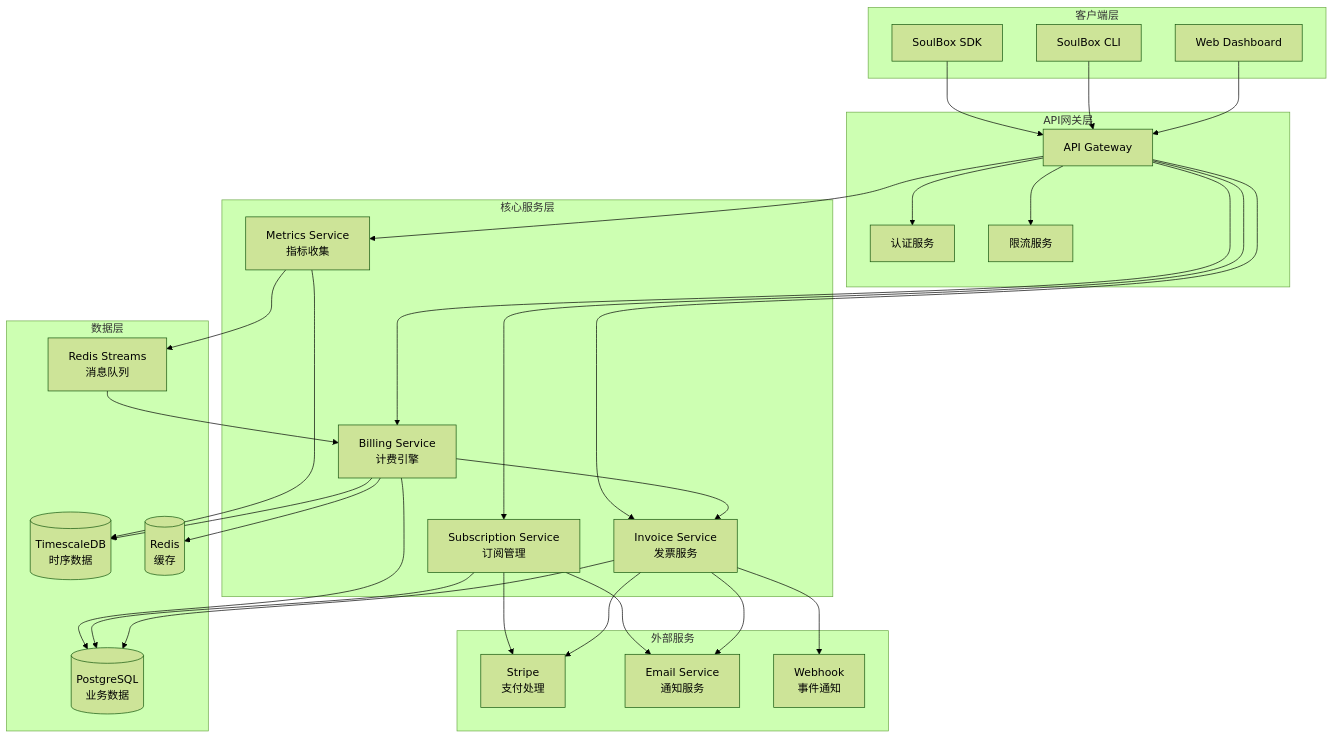
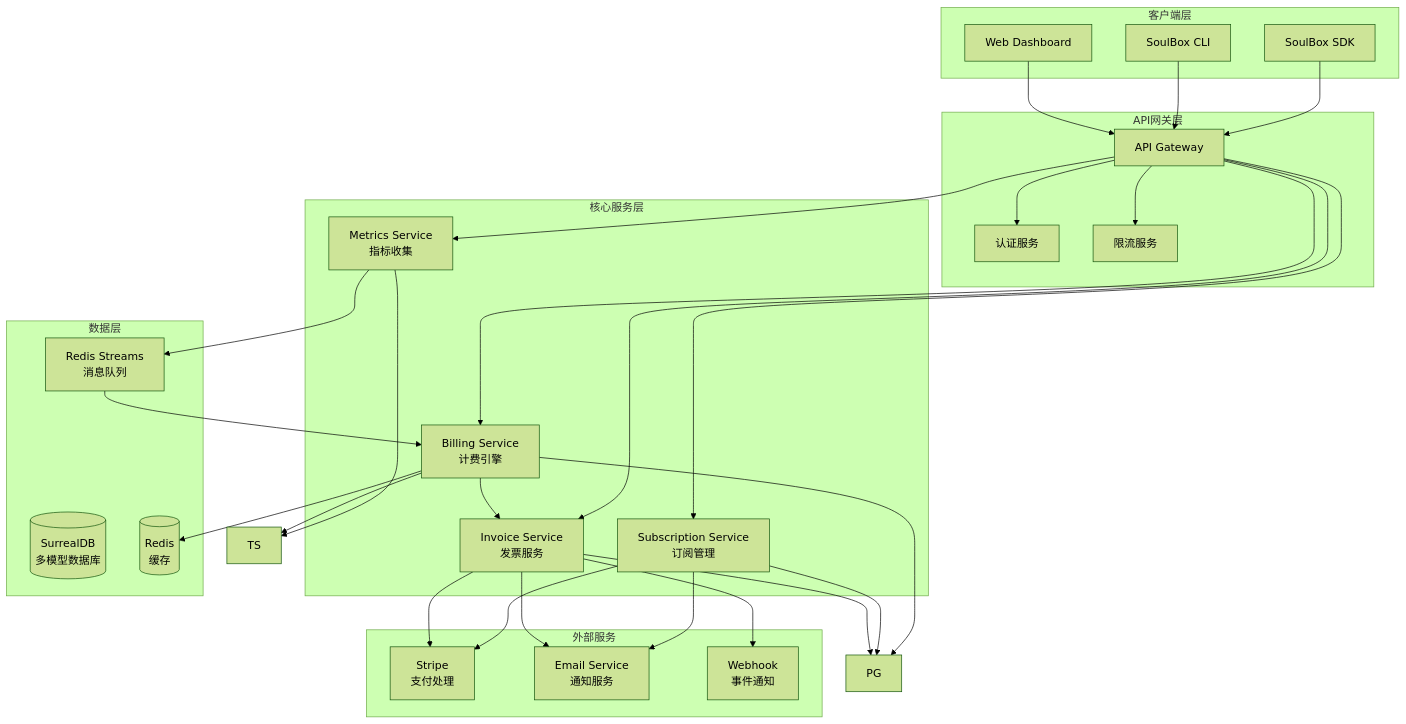
One commit to michaelHoxxxxxxx/my-docs changed the first of 4 diagrams in docs/soulbox/billing/soulbox_billing_architecture_diagram.md. Above: the diagram before and after it, drawn with Mermaid (forest theme). The commit also changed other lines of this file and 13 other files, not shown here.

````diff
--- a/docs/soulbox/billing/soulbox_billing_architecture_diagram.md
+++ b/docs/soulbox/billing/soulbox_billing_architecture_diagram.md
@@ -5,71 +5,70 @@
 ```mermaid
 graph TB
     subgraph "客户端层"
         SDK[SoulBox SDK]
         CLI[SoulBox CLI]
         WEB[Web Dashboard]
     end
 
     subgraph "API网关层"
         GW[API Gateway]
         AUTH[认证服务]
         RL[限流服务]
     end
 
     subgraph "核心服务层"
         MS[Metrics Service<br/>指标收集]
         BS[Billing Service<br/>计费引擎]
         SS[Subscription Service<br/>订阅管理]
         IS[Invoice Service<br/>发票服务]
     end
 
     subgraph "数据层"
-        TS[(TimescaleDB<br/>时序数据)]
-        PG[(PostgreSQL<br/>业务数据)]
+        SDB[(SurrealDB<br/>多模型数据库)]
         RD[(Redis<br/>缓存)]
         MQ[Redis Streams<br/>消息队列]
     end
 
     subgraph "外部服务"
         STRIPE[Stripe<br/>支付处理]
         EMAIL[Email Service<br/>通知服务]
         WEBHOOK[Webhook<br/>事件通知]
     end
 
     %% 客户端到API网关
     SDK --> GW
     CLI --> GW
     WEB --> GW
 
     %% API网关到认证和限流
     GW --> AUTH
     GW --> RL
 
     %% API网关到核心服务
     GW --> MS
     GW --> BS
     GW --> SS
     GW --> IS
 
     %% 指标服务流程
     MS --> MQ
     MS --> TS
     MQ --> BS
 
     %% 计费服务流程
     BS --> TS
     BS --> PG
     BS --> RD
     BS --> IS
 
     %% 订阅服务流程
     SS --> PG
     SS --> STRIPE
     SS --> EMAIL
 
     %% 发票服务流程
     IS --> PG
     IS --> STRIPE
     IS --> EMAIL
     IS --> WEBHOOK
 ```
````
